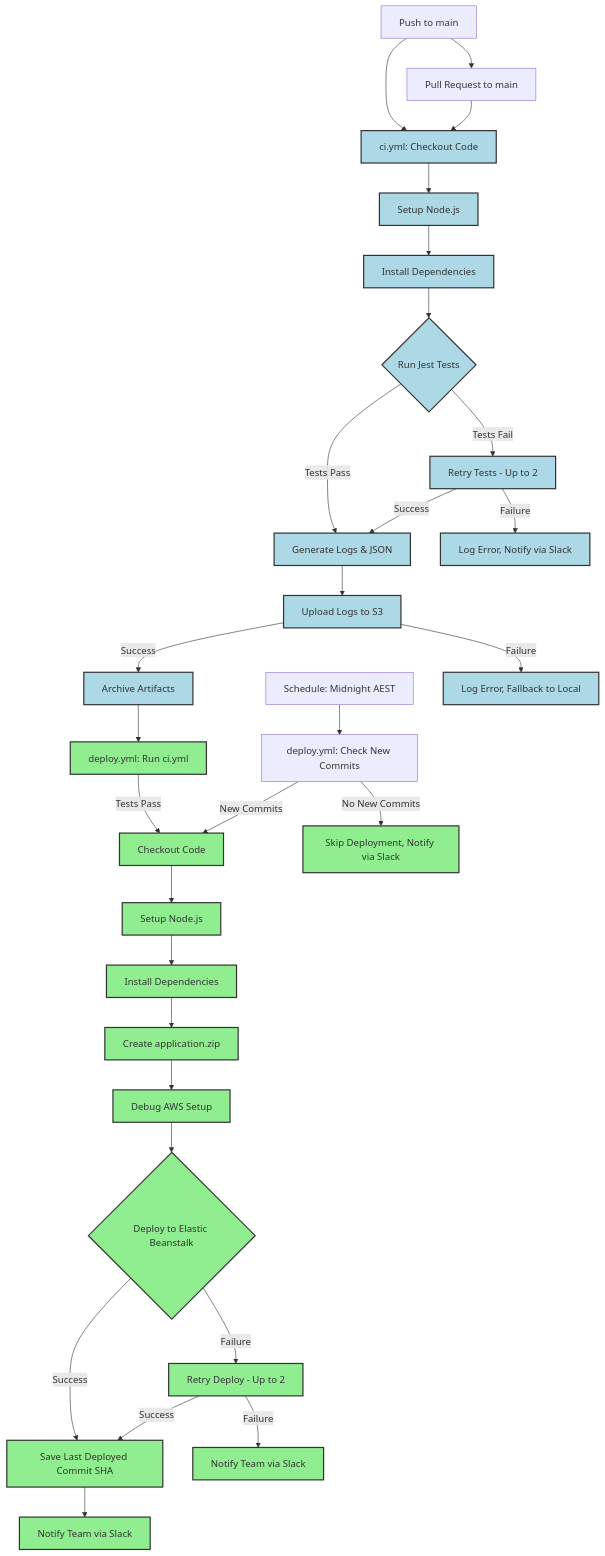
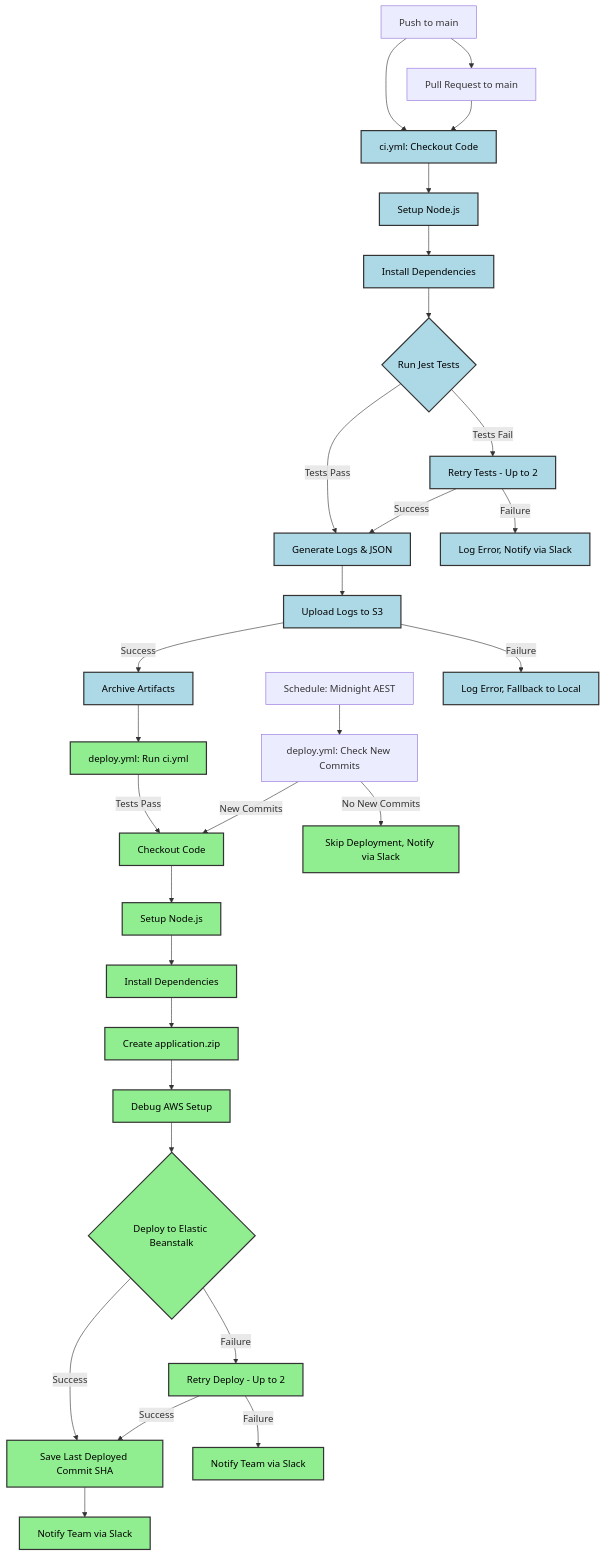
One commit to Evan-Codes88/CI-CD-api changed the first of 3 diagrams in README.md. Above: the diagram before and after it, drawn with Mermaid. The commit also changed other lines of this file, not shown here.

Commit message:
Feat: Fixing issues with diagrams and tables

````diff
--- a/README.md
+++ b/README.md
@@ -61,35 +61,35 @@
 ```mermaid
 graph TD
     A[Push to main] --> B[ci.yml: Checkout Code]
     A --> C[Pull Request to main]
     C --> B
     D[Schedule: Midnight AEST] --> E[deploy.yml: Check New Commits]
     B --> F[Setup Node.js]
     F --> G[Install Dependencies]
     G --> H{Run Jest Tests}
     H -->|Tests Pass| I[Generate Logs & JSON]
     H -->|Tests Fail| J[Retry Tests - Up to 2]
     J -->|Success| I
     J -->|Failure| K[Log Error, Notify via Slack]
     I --> L[Upload Logs to S3]
     L -->|Success| M[Archive Artifacts]
     L -->|Failure| N[Log Error, Fallback to Local]
     M --> O[deploy.yml: Run ci.yml]
     O -->|Tests Pass| P[Checkout Code]
     P --> Q[Setup Node.js]
     Q --> R[Install Dependencies]
     R --> S[Create application.zip]
     S --> T[Debug AWS Setup]
     T --> U{Deploy to Elastic Beanstalk}
     U -->|Success| V[Save Last Deployed Commit SHA]
     V --> W[Notify Team via Slack]
     U -->|Failure| X[Retry Deploy - Up to 2]
     X -->|Success| V
     X -->|Failure| Y[Notify Team via Slack]
     E -->|New Commits| P
     E -->|No New Commits| Z[Skip Deployment, Notify via Slack]
-    classDef ci fill:#ADD8E6,stroke:#333,stroke-width:2px;
-    classDef deploy fill:#90EE90,stroke:#333,stroke-width:2px;
+    classDef ci fill:#ADD8E6,stroke:#333,stroke-width:2px,color:#000000;
+    classDef deploy fill:#90EE90,stroke:#333,stroke-width:2px,color:#000000;
     class B,F,G,H,I,J,K,L,M,N ci;
     class O,P,Q,R,S,T,U,V,W,X,Y,Z deploy;
 ```
````
